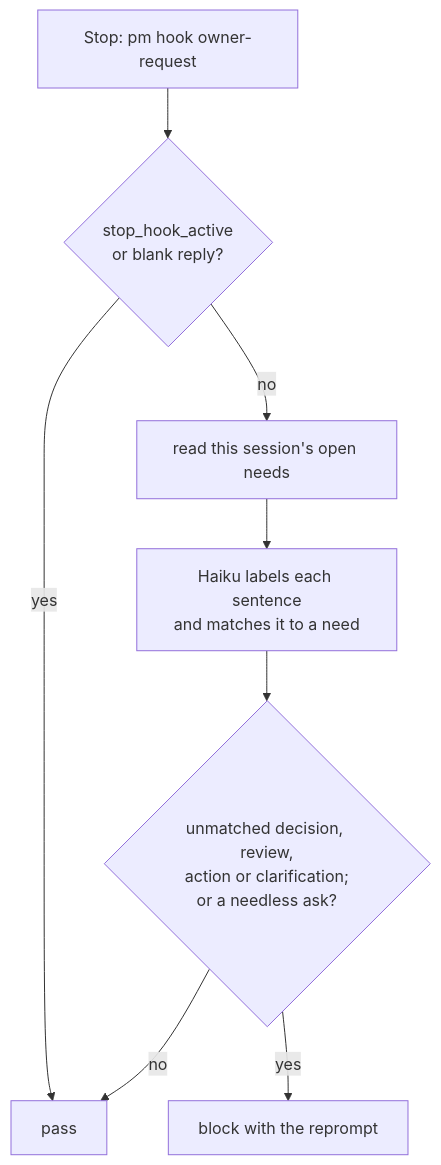
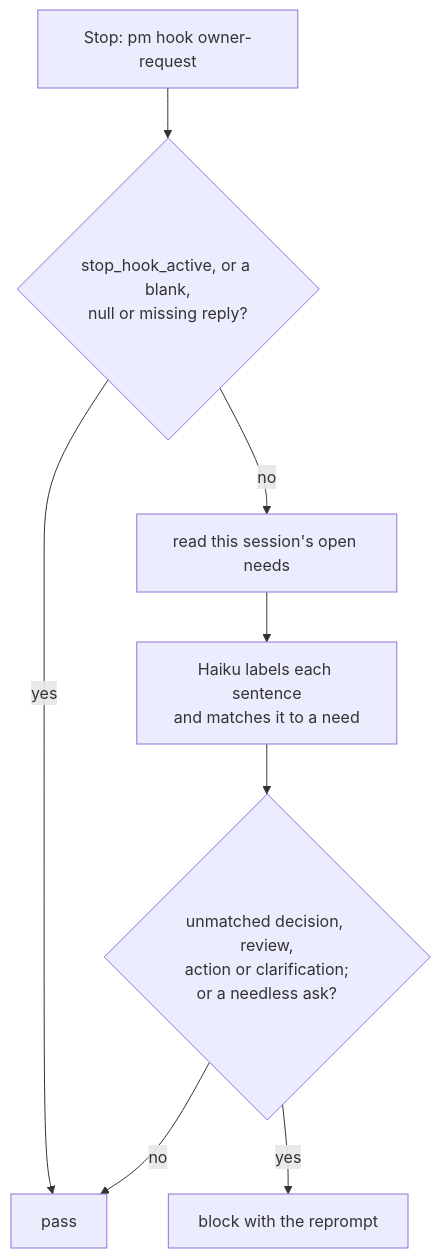
One commit to Yeeef/pm changed the diagram in design/owner-request-hook.md. Above: the diagram before and after it, drawn with Mermaid. The commit also changed other lines of this file and 3 other files, not shown here.

Commit message:
Design pages: reply delivery, session claims and the owner-request hook hold the Codex state; pm in Codex summarizes each area and links its page

````diff
--- a/design/owner-request-hook.md
+++ b/design/owner-request-hook.md
@@ -55,10 +57,10 @@
 ```mermaid
 flowchart TD
-  S[Stop: pm hook owner-request] --> A{stop_hook_active<br/>or blank reply?}
+  S[Stop: pm hook owner-request] --> A{stop_hook_active, or a blank,<br/>null or missing reply?}
   A -- yes --> P[pass]
   A -- no --> N[read this session's open needs]
   N --> J[Haiku labels each sentence<br/>and matches it to a need]
   J --> B{unmatched decision, review,<br/>action or clarification;<br/>or a needless ask?}
   B -- no --> P
   B -- yes --> K[block with the reprompt]
 ```
````
